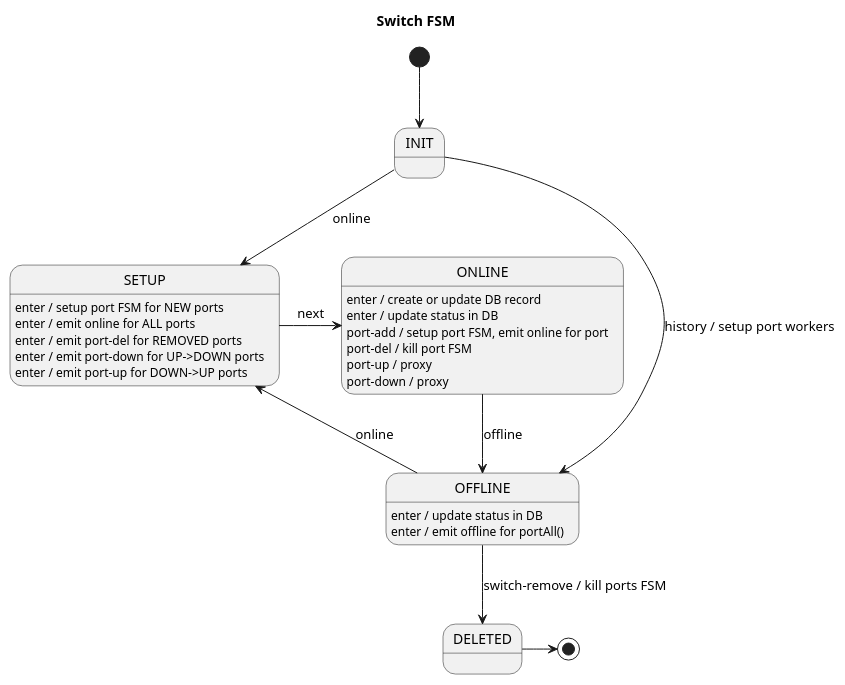
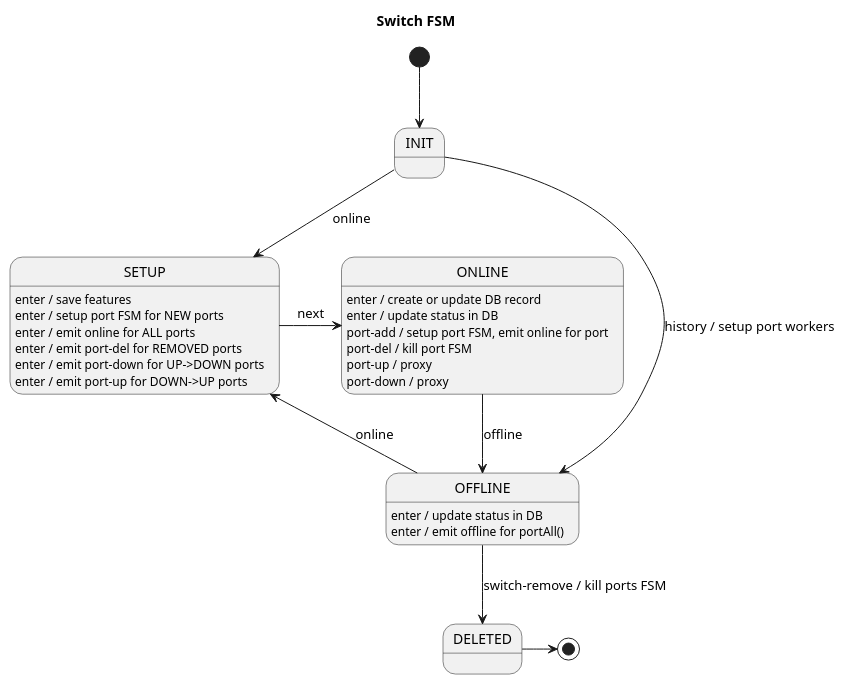
Before and after one commit to telstra/open-kilda: the diagram in docs/design/network-discovery/switch-FSM.puml, drawn with PlantUML. The commit also changed 20 other files, not shown here.

```diff
--- a/docs/design/network-discovery/switch-FSM.puml
+++ b/docs/design/network-discovery/switch-FSM.puml
@@ -22,30 +22,31 @@
 @startuml
 title Switch FSM
 
 [*] --> INIT
 
 INIT --> OFFLINE : history / setup port workers
 INIT --> SETUP : online
 
+SETUP : enter / save features
 SETUP : enter / setup port FSM for NEW ports
 SETUP : enter / emit online for ALL ports
 SETUP : enter / emit port-del for REMOVED ports
 SETUP : enter / emit port-down for UP->DOWN ports
 SETUP : enter / emit port-up for DOWN->UP ports
 SETUP -r-> ONLINE : next
 
 ONLINE : enter / create or update DB record
 ONLINE : enter / update status in DB
 ONLINE : port-add / setup port FSM, emit online for port
 ONLINE : port-del / kill port FSM
 ONLINE : port-up / proxy
 ONLINE : port-down / proxy
 ONLINE --> OFFLINE : offline
 
 OFFLINE : enter / update status in DB
 OFFLINE : enter / emit offline for portAll()
 OFFLINE --> SETUP : online
 OFFLINE --> DELETED: switch-remove / kill ports FSM
 DELETED -> [*]
 
 @enduml
```
